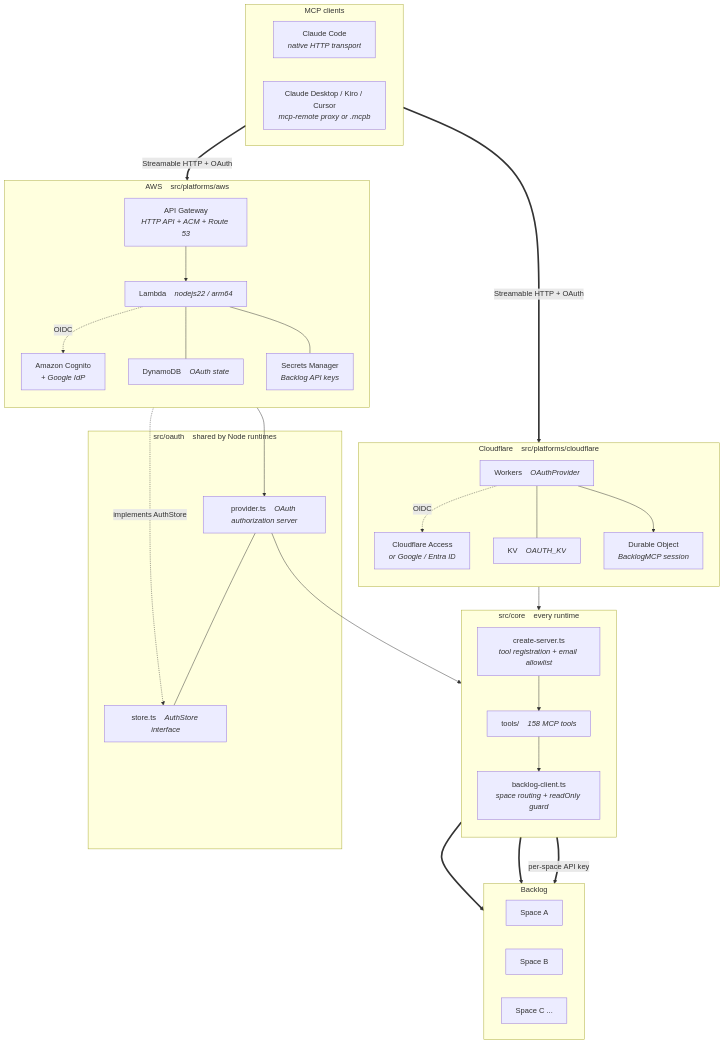
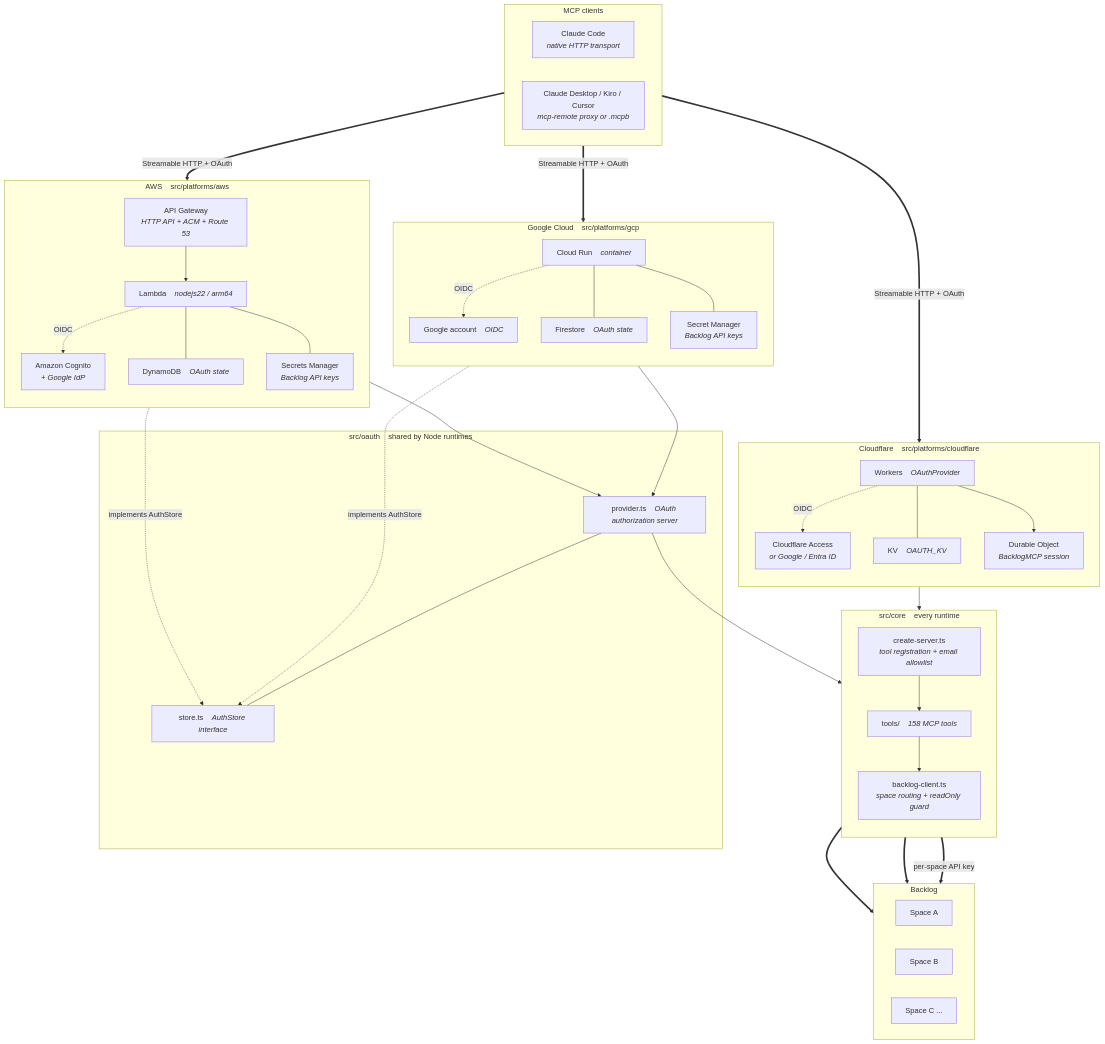
Before and after one commit to midnight480/backlog-remote-mcp-server: the first of 2 diagrams in README.md, drawn with Mermaid. The commit also changed other lines of this file and 18 other files, not shown here.

First line of the commit message:
feat: Google Cloud (Cloud Run) へのデプロイに対応する

````diff
--- a/README.md
+++ b/README.md
@@ -157,63 +162,77 @@
 ```mermaid
 flowchart TB
     subgraph clients["MCP clients"]
         direction LR
         CC["Claude Code<br/><i>native HTTP transport</i>"]
         CD["Claude Desktop / Kiro / Cursor<br/><i>mcp-remote proxy or .mcpb</i>"]
     end
 
     subgraph cf["Cloudflare &nbsp;&nbsp; src/platforms/cloudflare"]
         direction TB
         CFW["Workers &nbsp;&nbsp; <i>OAuthProvider</i>"]
         CFA["Cloudflare Access<br/><i>or Google / Entra ID</i>"]
         CFKV["KV &nbsp;&nbsp; <i>OAUTH_KV</i>"]
         CFDO["Durable Object<br/><i>BacklogMCP session</i>"]
         CFW -. "OIDC" .-> CFA
         CFW --- CFKV
         CFW --> CFDO
     end
 
     subgraph aws["AWS &nbsp;&nbsp; src/platforms/aws"]
         direction TB
         APIGW["API Gateway<br/><i>HTTP API + ACM + Route 53</i>"]
         LAMBDA["Lambda &nbsp;&nbsp; <i>nodejs22 / arm64</i>"]
         COG["Amazon Cognito<br/><i>+ Google IdP</i>"]
         DDB["DynamoDB &nbsp;&nbsp; <i>OAuth state</i>"]
         SM["Secrets Manager<br/><i>Backlog API keys</i>"]
         APIGW --> LAMBDA
         LAMBDA -. "OIDC" .-> COG
         LAMBDA --- DDB
         LAMBDA --- SM
     end
 
+    subgraph gcp["Google Cloud &nbsp;&nbsp; src/platforms/gcp"]
+        direction TB
+        RUN["Cloud Run &nbsp;&nbsp; <i>container</i>"]
+        GID["Google account &nbsp;&nbsp; <i>OIDC</i>"]
+        FS["Firestore &nbsp;&nbsp; <i>OAuth state</i>"]
+        GSM["Secret Manager<br/><i>Backlog API keys</i>"]
+        RUN -. "OIDC" .-> GID
+        RUN --- FS
+        RUN --- GSM
+    end
+
     subgraph oauth["src/oauth &nbsp;&nbsp; shared by Node runtimes"]
         OP["provider.ts &nbsp;&nbsp; <i>OAuth authorization server</i>"]
         OS["store.ts &nbsp;&nbsp; <i>AuthStore interface</i>"]
         OP --- OS
     end
 
     subgraph shared["src/core &nbsp;&nbsp; every runtime"]
         direction TB
         CS["create-server.ts<br/><i>tool registration + email allowlist</i>"]
         TOOLS["tools/ &nbsp;&nbsp; <i>158 MCP tools</i>"]
         BC["backlog-client.ts<br/><i>space routing + readOnly guard</i>"]
         CS --> TOOLS --> BC
     end
 
     subgraph backlog["Backlog"]
         direction LR
         BLA["Space A"]
         BLB["Space B"]
         BLC["Space C ..."]
     end
 
     clients == "Streamable HTTP + OAuth" ==> CFW
     clients == "Streamable HTTP + OAuth" ==> APIGW
+    clients == "Streamable HTTP + OAuth" ==> RUN
     CFDO --> CS
     LAMBDA --> OP
+    RUN --> OP
     OP --> CS
     DDB -. "implements AuthStore" .-> OS
+    FS -. "implements AuthStore" .-> OS
     BC == "per-space API key" ==> BLA
     BC ==> BLB
     BC ==> BLC
 ```
````
